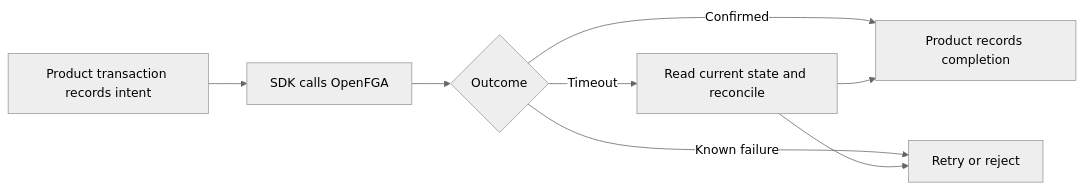
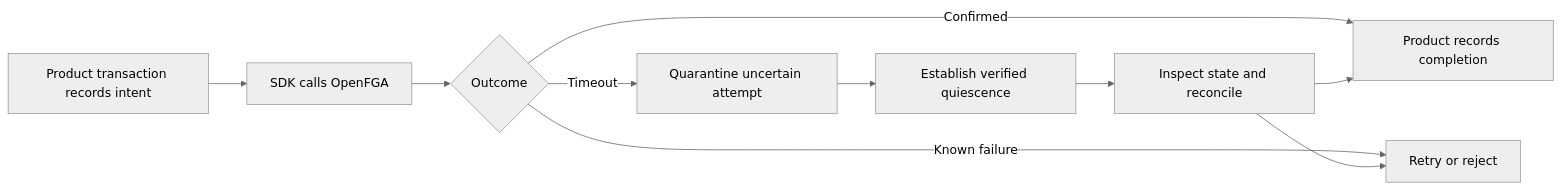
Before and after one commit to techsavvyash/heimdall: the first of 3 diagrams in docs/content/design/operations.md, drawn with Mermaid (neutral theme). The commit also changed other lines of this file and 21 other files, not shown here.

````diff
--- a/docs/content/design/operations.md
+++ b/docs/content/design/operations.md
@@ -8,10 +8,12 @@
 ```mermaid
 flowchart LR
   Intent[Product transaction records intent] --> Call[SDK calls OpenFGA]
   Call --> Result{Outcome}
   Result -->|Confirmed| Complete[Product records completion]
   Result -->|Known failure| Retry[Retry or reject]
-  Result -->|Timeout| Reconcile[Read current state and reconcile]
+  Result -->|Timeout| Block[Quarantine uncertain attempt]
+  Block --> Proof[Establish verified quiescence]
+  Proof --> Reconcile[Inspect state and reconcile]
   Reconcile --> Complete
   Reconcile --> Retry
 ```
````
